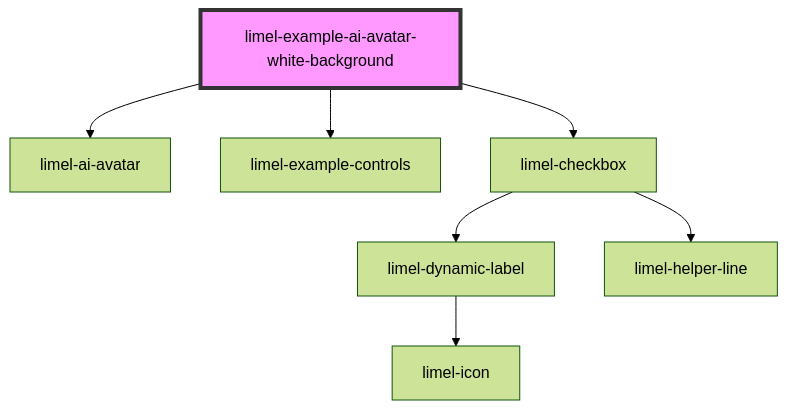
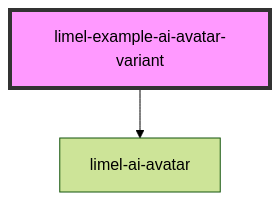
Before and after one commit to Lundalogik/lime-elements: the diagram in versions/PR-4080/markdown-docs/components/ai-avatar/examples/readme.md, drawn with Mermaid (forest theme). The commit also changed other lines of this file and 553 other files, not shown here.

````diff
--- a/versions/PR-4080/markdown-docs/components/ai-avatar/examples/readme.md
+++ b/versions/PR-4080/markdown-docs/components/ai-avatar/examples/readme.md
@@ -32,10 +40,5 @@
 ```mermaid
 graph TD;
-  limel-example-ai-avatar-white-background --> limel-ai-avatar
-  limel-example-ai-avatar-white-background --> limel-example-controls
-  limel-example-ai-avatar-white-background --> limel-checkbox
-  limel-checkbox --> limel-dynamic-label
-  limel-checkbox --> limel-helper-line
-  limel-dynamic-label --> limel-icon
-  style limel-example-ai-avatar-white-background fill:#f9f,stroke:#333,stroke-width:4px
+  limel-example-ai-avatar-variant --> limel-ai-avatar
+  style limel-example-ai-avatar-variant fill:#f9f,stroke:#333,stroke-width:4px
 ```
````
